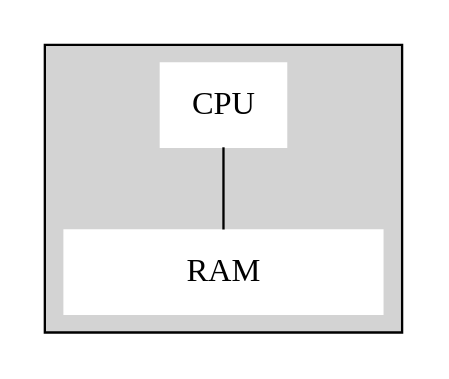
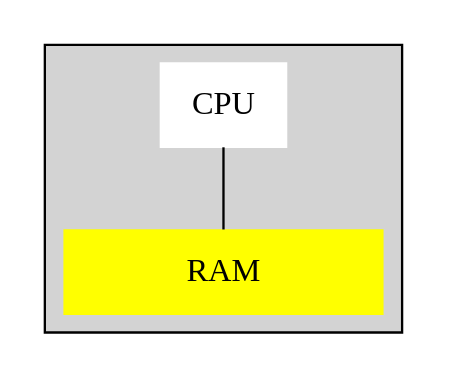
Before and after one commit to sergei-romanenko/openacc-samples: the diagram in doc/parall_comput_slides/single-cpu.dot, drawn with Graphviz. The commit also changed 6 other files, not shown here.

```diff
--- a/doc/parall_comput_slides/single-cpu.dot
+++ b/doc/parall_comput_slides/single-cpu.dot
@@ -1,16 +1,16 @@
 graph single_cpu {
 
 rankdir=TB;
 splines=ortho;
 node[shape=box];
 
 subgraph cluster_1 {
     style=filled;
 	node [style=filled, color=white];
     cpu1[label="CPU"];
-    r1 [width=1.9, label="RAM"];
+    r1 [width=1.9, label="RAM", color=yellow];
 }
 
 cpu1 -- r1;
 
 }
```
